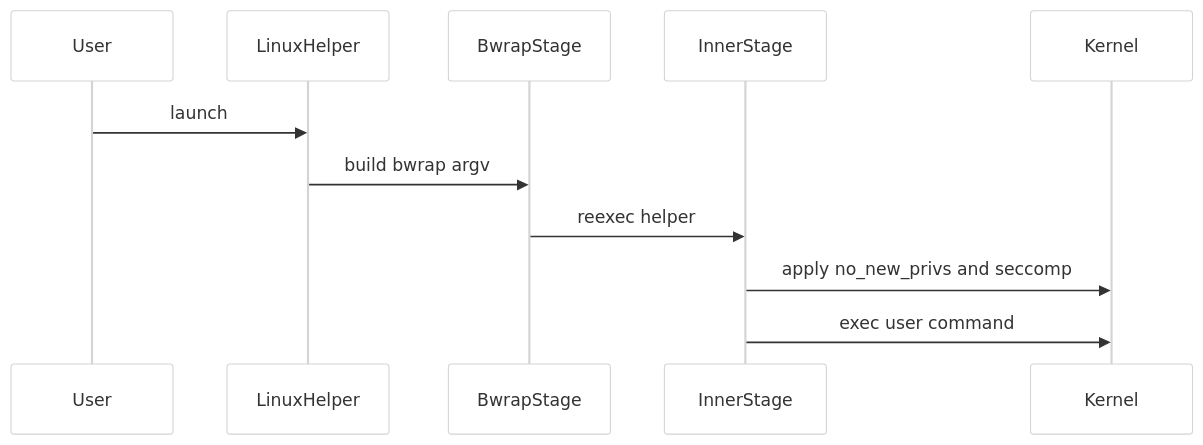
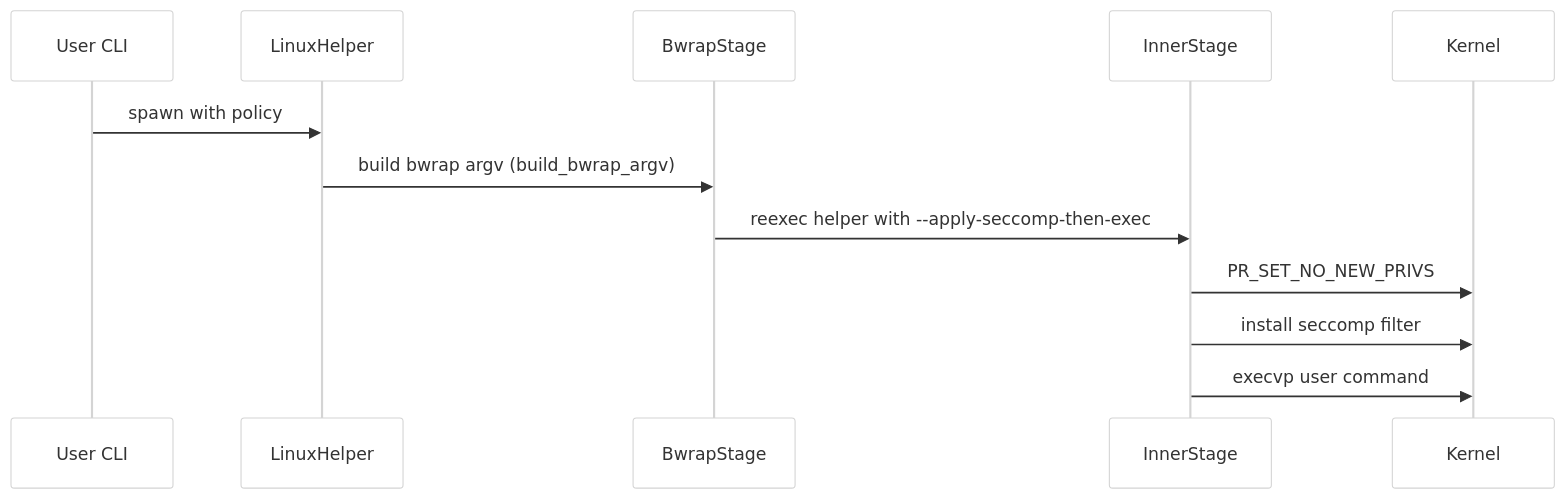
The fourth of 6 diagrams in Part II Source Analysis/12-macOS与Linux沙箱.md (GLBB/codex-source-analysis), drawn with Mermaid before and after one commit. The commit also changed other lines of this file and 3 other files, not shown here.

````diff
--- a/Part II Source Analysis/12-macOS与Linux沙箱.md
+++ b/Part II Source Analysis/12-macOS与Linux沙箱.md
@@ -263,14 +356,15 @@
 ```mermaid
 %%{init: {"theme":"neutral","themeCSS":"svg { background: #ffffff !important; }","themeVariables":{"background":"#ffffff","mainBkg":"#ffffff","primaryColor":"#f5f5f5","primaryTextColor":"#000000","primaryBorderColor":"#333333","lineColor":"#444444","secondaryColor":"#f6f8fa","tertiaryColor":"#ffffff","edgeLabelBackground":"#ffffff","fontFamily":"Helvetica"}}}%%
 sequenceDiagram
-    participant U as User
+    participant U as User CLI
     participant H as LinuxHelper
     participant B as BwrapStage
     participant I as InnerStage
     participant K as Kernel
-    U->>H: launch
-    H->>B: build bwrap argv
-    B->>I: reexec helper
-    I->>K: apply no_new_privs and seccomp
-    I->>K: exec user command
+    U->>H: spawn with policy
+    H->>B: build bwrap argv (build_bwrap_argv)
+    B->>I: reexec helper with --apply-seccomp-then-exec
+    I->>K: PR_SET_NO_NEW_PRIVS
+    I->>K: install seccomp filter
+    I->>K: execvp user command
 ```
````
